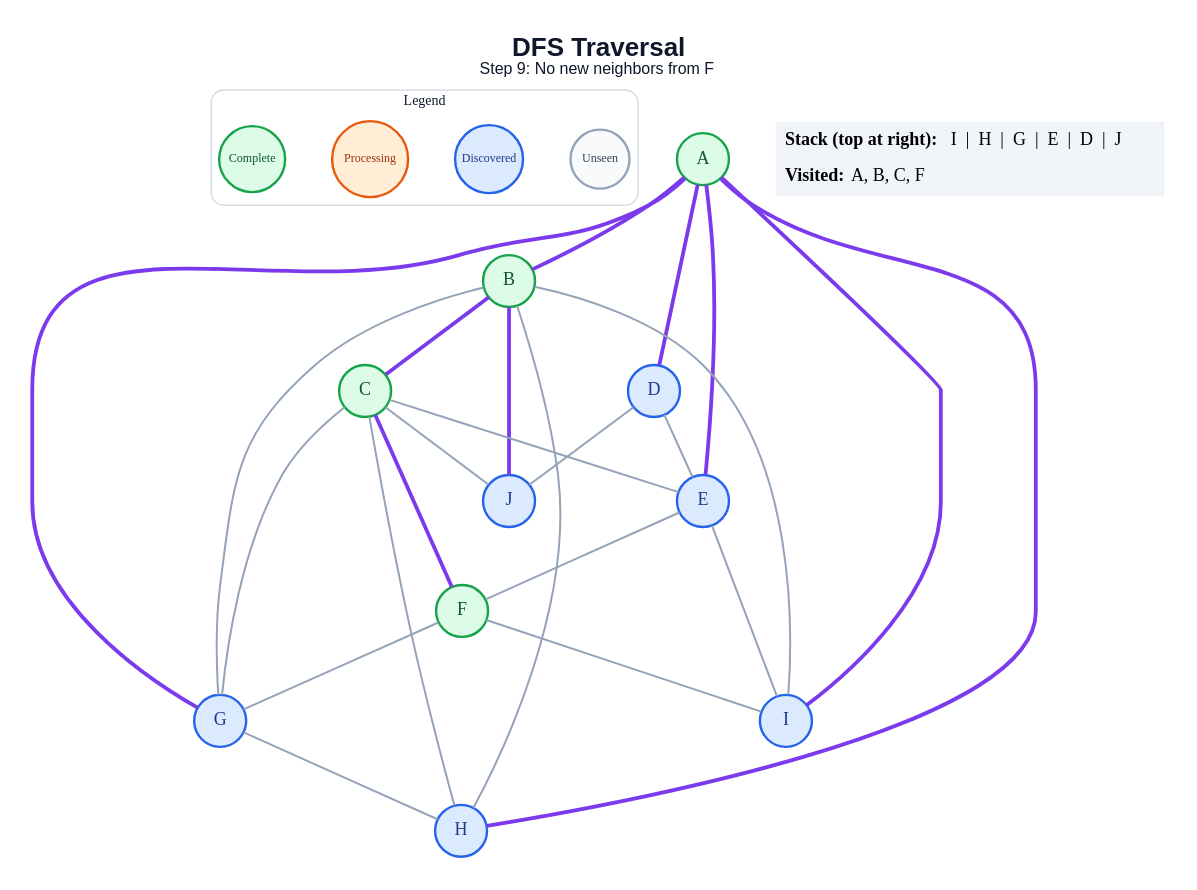
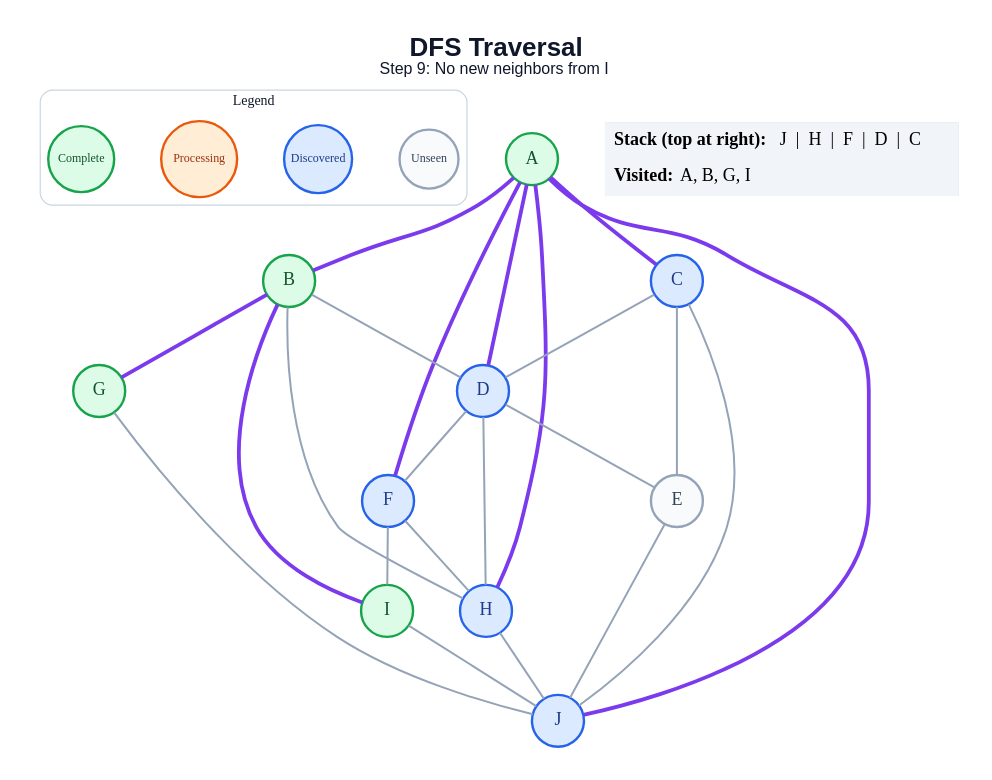
One commit to amanghodawala9/ai-slop changed the diagram in generated/dfs/step_09.dot. Above: the diagram before and after it, drawn with Graphviz. The commit also changed 178 other files, not shown here.

```diff
--- a/generated/dfs/step_09.dot
+++ b/generated/dfs/step_09.dot
@@ -1,52 +1,51 @@
 graph traversal {
   graph [layout=dot, rankdir=TB, bgcolor="#FFFFFF", pad="0.35", nodesep="0.65", ranksep="0.8", fontname="Arial"];
   node [shape=circle, style="filled", fontname="Arial Bold", fontsize=18, width=0.72, fixedsize=true, penwidth=2.4];
   edge [color="#94A3B8", penwidth=2.0];
-  label=<<B>DFS Traversal</B><BR/><FONT POINT-SIZE="16">Step 9: No new neighbors from F</FONT>>; labelloc="t"; fontsize=26; fontname="Arial"; fontcolor="#0F172A";
+  label=<<B>DFS Traversal</B><BR/><FONT POINT-SIZE="16">Step 9: No new neighbors from I</FONT>>; labelloc="t"; fontsize=26; fontname="Arial"; fontcolor="#0F172A";
   subgraph cluster_legend { label="Legend"; color="#CBD5E1"; penwidth=1.2; style="rounded"; fontsize=14; fontname="Arial Bold";
     key_unseen [label="Unseen", fillcolor="#F8FAFC", color="#94A3B8", fontcolor="#334155", fontsize=12, width=0.82];
     key_frontier [label="Discovered", fillcolor="#DBEAFE", color="#2563EB", fontcolor="#1E3A8A", fontsize=12, width=0.95];
     key_current [label="Processing", fillcolor="#FFEDD5", color="#EA580C", fontcolor="#9A3412", fontsize=12, width=1.05];
     key_done [label="Complete", fillcolor="#DCFCE7", color="#16A34A", fontcolor="#14532D", fontsize=12, width=0.92];
     { rank=same; key_unseen; key_frontier; key_current; key_done; }
   }
   A [fillcolor="#DCFCE7", color="#16A34A", fontcolor="#14532D"];
   B [fillcolor="#DCFCE7", color="#16A34A", fontcolor="#14532D"];
-  C [fillcolor="#DCFCE7", color="#16A34A", fontcolor="#14532D"];
+  C [fillcolor="#DBEAFE", color="#2563EB", fontcolor="#1E3A8A"];
   D [fillcolor="#DBEAFE", color="#2563EB", fontcolor="#1E3A8A"];
-  E [fillcolor="#DBEAFE", color="#2563EB", fontcolor="#1E3A8A"];
-  F [fillcolor="#DCFCE7", color="#16A34A", fontcolor="#14532D"];
-  G [fillcolor="#DBEAFE", color="#2563EB", fontcolor="#1E3A8A"];
+  E [fillcolor="#F8FAFC", color="#94A3B8", fontcolor="#334155"];
+  F [fillcolor="#DBEAFE", color="#2563EB", fontcolor="#1E3A8A"];
+  G [fillcolor="#DCFCE7", color="#16A34A", fontcolor="#14532D"];
   H [fillcolor="#DBEAFE", color="#2563EB", fontcolor="#1E3A8A"];
-  I [fillcolor="#DBEAFE", color="#2563EB", fontcolor="#1E3A8A"];
+  I [fillcolor="#DCFCE7", color="#16A34A", fontcolor="#14532D"];
   J [fillcolor="#DBEAFE", color="#2563EB", fontcolor="#1E3A8A"];
   A -- B [color="#7C3AED", penwidth=3.8];
+  A -- C [color="#7C3AED", penwidth=3.8];
   A -- D [color="#7C3AED", penwidth=3.8];
-  A -- E [color="#7C3AED", penwidth=3.8];
-  A -- G [color="#7C3AED", penwidth=3.8];
+  A -- F [color="#7C3AED", penwidth=3.8];
   A -- H [color="#7C3AED", penwidth=3.8];
-  A -- I [color="#7C3AED", penwidth=3.8];
-  B -- C [color="#7C3AED", penwidth=3.8];
-  B -- G;
+  A -- J [color="#7C3AED", penwidth=3.8];
+  B -- D;
+  B -- G [color="#7C3AED", penwidth=3.8];
   B -- H;
-  B -- I;
-  B -- J [color="#7C3AED", penwidth=3.8];
+  B -- I [color="#7C3AED", penwidth=3.8];
+  C -- D;
   C -- E;
-  C -- F [color="#7C3AED", penwidth=3.8];
-  C -- G;
-  C -- H;
   C -- J;
   D -- E;
-  D -- J;
-  E -- F;
-  E -- I;
-  F -- G;
+  D -- F;
+  D -- H;
+  E -- J;
+  F -- H;
   F -- I;
-  G -- H;
+  G -- J;
+  H -- J;
+  I -- J;
   status [shape=plain, fixedsize=false, width=0, height=0, margin=0, label=<
     <TABLE BORDER="0" CELLBORDER="0" CELLPADDING="7" BGCOLOR="#F1F5F9">
-      <TR><TD ALIGN="LEFT"><B>Stack (top at right):</B> I  |  H  |  G  |  E  |  D  |  J</TD></TR>
-      <TR><TD ALIGN="LEFT"><B>Visited:</B> A, B, C, F</TD></TR>
+      <TR><TD ALIGN="LEFT"><B>Stack (top at right):</B> J  |  H  |  F  |  D  |  C</TD></TR>
+      <TR><TD ALIGN="LEFT"><B>Visited:</B> A, B, G, I</TD></TR>
     </TABLE>
   >];
 }
```
